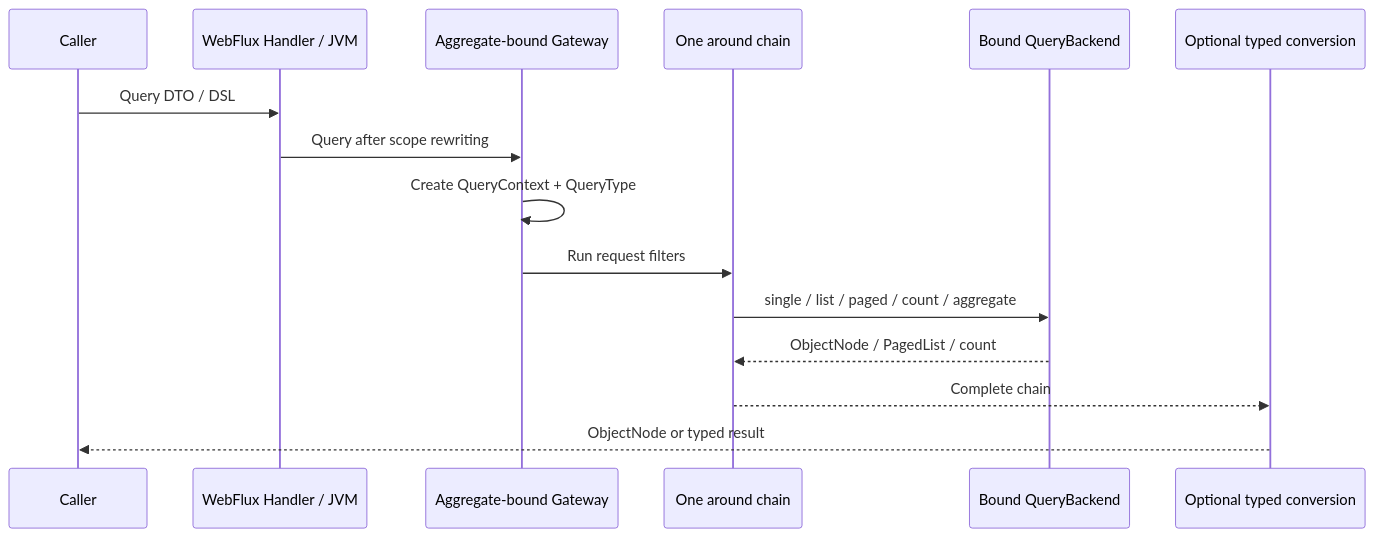
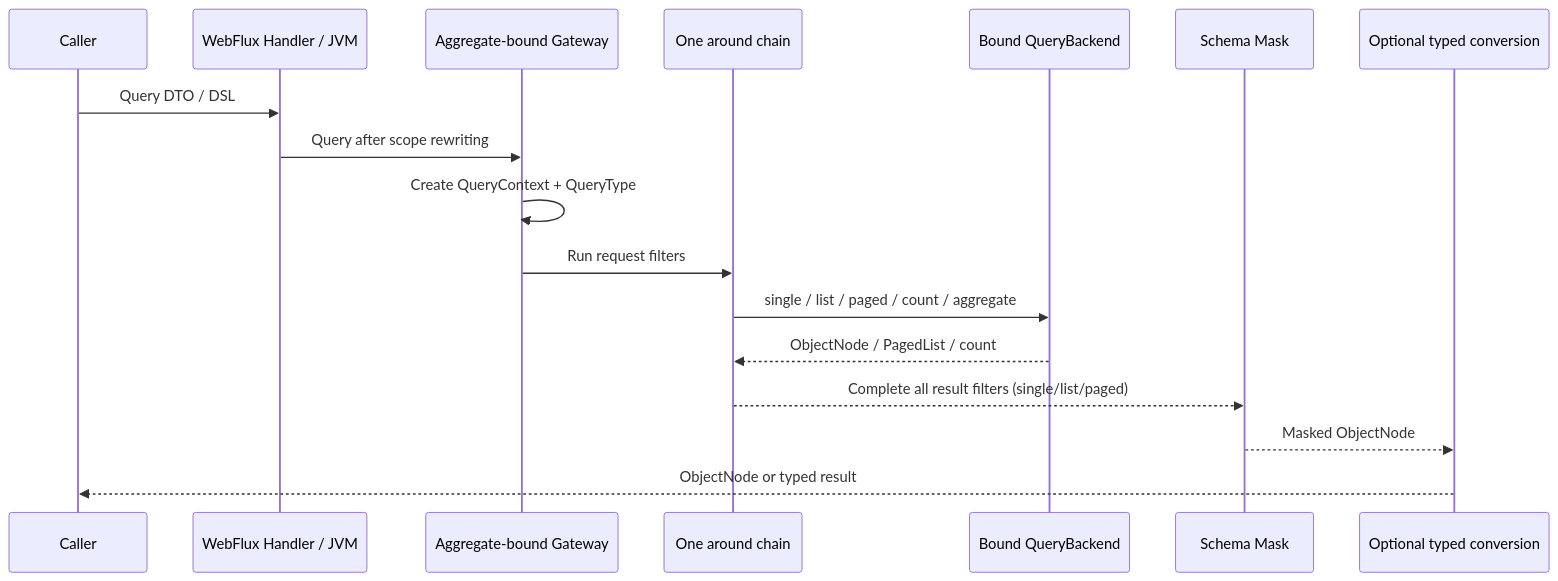
Before and after one commit to Ahoo-Wang/Wow: the diagram in documentation/docs/en/guide/query/query-gateway.md, drawn with Mermaid. The commit also changed other lines of this file and 15 other files, not shown here.

````diff
--- a/documentation/docs/en/guide/query/query-gateway.md
+++ b/documentation/docs/en/guide/query/query-gateway.md
@@ -18,17 +18,19 @@
 ```mermaid
 sequenceDiagram
     participant Caller as Caller
     participant Entry as WebFlux Handler / JVM
     participant Gateway as Aggregate-bound Gateway
     participant Filters as One around chain
     participant Backend as Bound QueryBackend
+    participant Mask as Schema Mask
     participant Jackson as Optional typed conversion
     Caller->>Entry: Query DTO / DSL
     Entry->>Gateway: Query after scope rewriting
     Gateway->>Gateway: Create QueryContext + QueryType
     Gateway->>Filters: Run request filters
     Filters->>Backend: single / list / paged / count / aggregate
     Backend-->>Filters: ObjectNode / PagedList / count
-    Filters-->>Jackson: Complete chain
+    Filters-->>Mask: Complete all result filters (single/list/paged)
+    Mask-->>Jackson: Masked ObjectNode
     Jackson-->>Caller: ObjectNode or typed result
 ```
````
